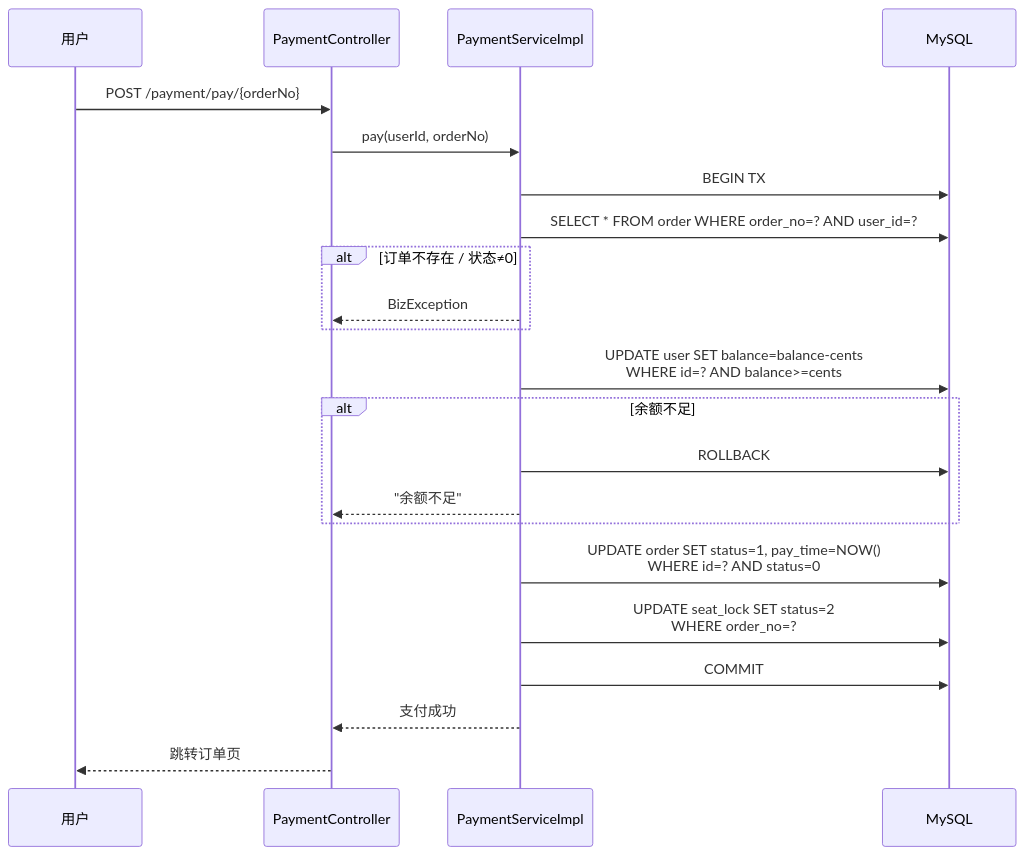
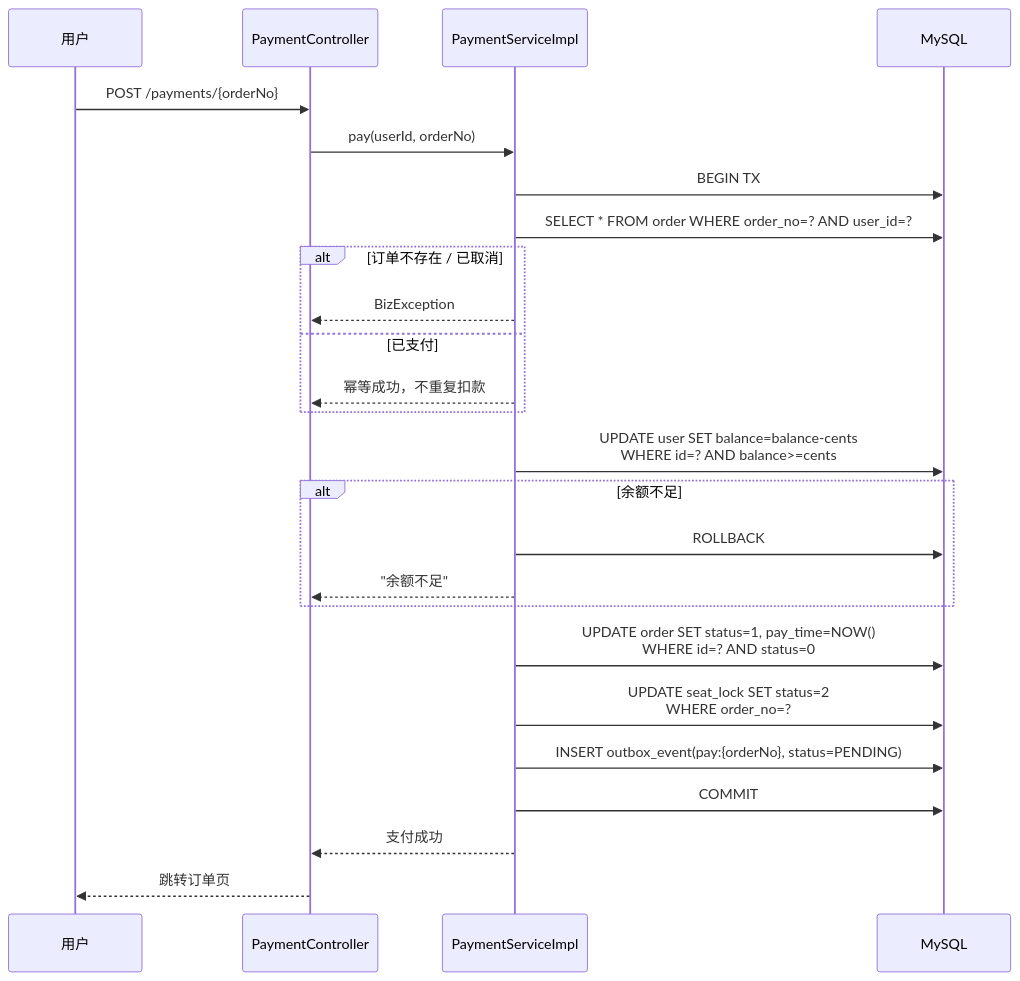
Before and after one commit to wangn-tech/movie-seckill: the tenth of 12 diagrams in docs/架构设计.md, drawn with Mermaid. The commit also changed 3 other files, not shown here.

Commit message:
docs: explain payment idempotency and demo state flow

````diff
--- a/docs/架构设计.md
+++ b/docs/架构设计.md
@@ -324,25 +324,28 @@
 ```mermaid
 sequenceDiagram
     participant U as 用户
     participant C as PaymentController
     participant S as PaymentServiceImpl
     participant DB as MySQL
 
-    U->>C: POST /payment/pay/{orderNo}
+    U->>C: POST /payments/{orderNo}
     C->>S: pay(userId, orderNo)
     S->>DB: BEGIN TX
     S->>DB: SELECT * FROM order WHERE order_no=? AND user_id=?
-    alt 订单不存在 / 状态≠0
+    alt 订单不存在 / 已取消
         S-->>C: BizException
+    else 已支付
+        S-->>C: 幂等成功，不重复扣款
     end
     S->>DB: UPDATE user SET balance=balance-cents<br/>WHERE id=? AND balance>=cents
     alt 余额不足
         S->>DB: ROLLBACK
         S-->>C: "余额不足"
     end
     S->>DB: UPDATE order SET status=1, pay_time=NOW()<br/>WHERE id=? AND status=0
     S->>DB: UPDATE seat_lock SET status=2<br/>WHERE order_no=?
+    S->>DB: INSERT outbox_event(pay:{orderNo}, status=PENDING)
     S->>DB: COMMIT
     S-->>C: 支付成功
     C-->>U: 跳转订单页
 ```
````
